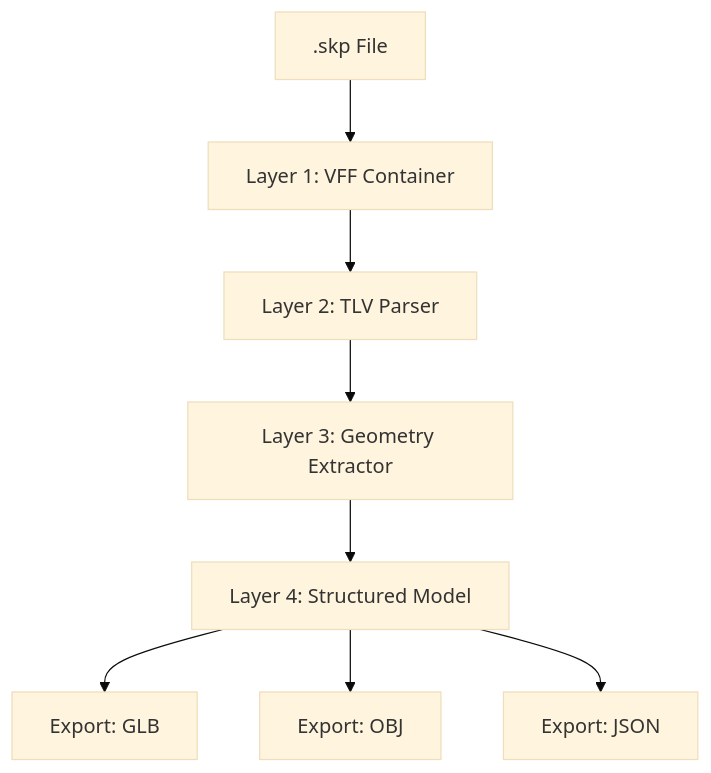
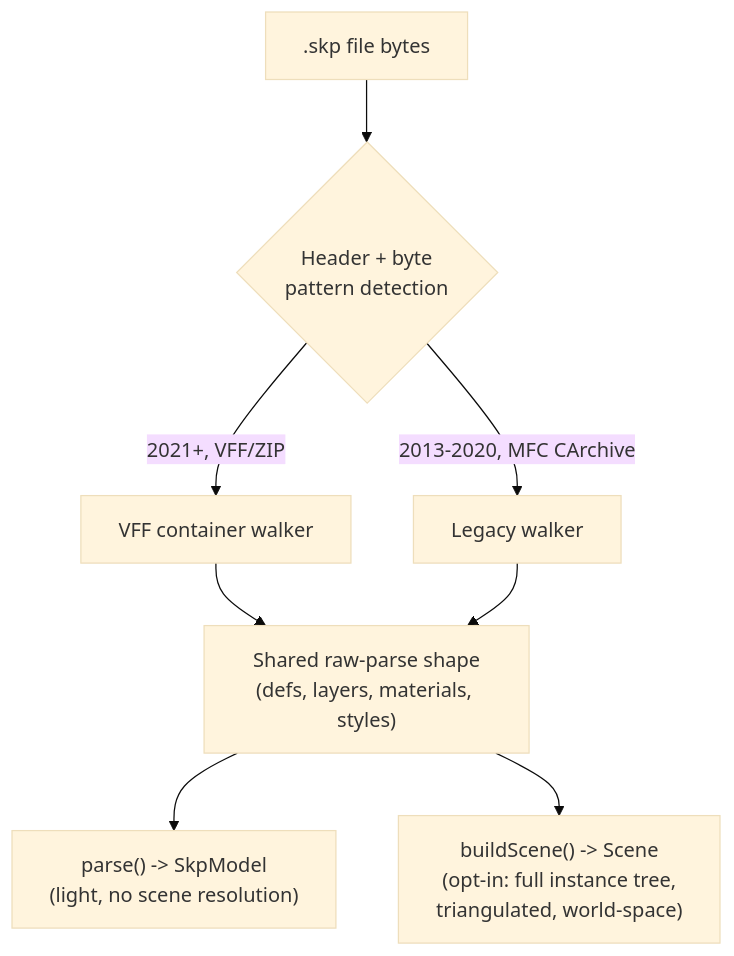
Before and after one commit to iamahsanmehmood/openskp: the first of 2 diagrams in docs/ARCHITECTURE.md, drawn with Mermaid (base theme). The commit also changed other lines of this file and 6 other files, not shown here.

````diff
--- a/docs/ARCHITECTURE.md
+++ b/docs/ARCHITECTURE.md
@@ -12,10 +35,10 @@
 ```mermaid
 graph TD
-    A[".skp File"] --> B["Layer 1: VFF Container"]
-    B --> C["Layer 2: TLV Parser"]
-    C --> D["Layer 3: Geometry Extractor"]
-    D --> E["Layer 4: Structured Model"]
-    E --> F1["Export: GLB"]
-    E --> F2["Export: OBJ"]
-    E --> F3["Export: JSON"]
+    A[".skp file bytes"] --> B{"Header + byte\npattern detection"}
+    B -->|"2021+, VFF/ZIP"| C["VFF container walker"]
+    B -->|"2013-2020, MFC CArchive"| D["Legacy walker"]
+    C --> E["Shared raw-parse shape\n(defs, layers, materials, styles)"]
+    D --> E
+    E --> F["parse() -> SkpModel\n(light, no scene resolution)"]
+    E --> G["buildScene() -> Scene\n(opt-in: full instance tree,\ntriangulated, world-space)"]
 ```
````
